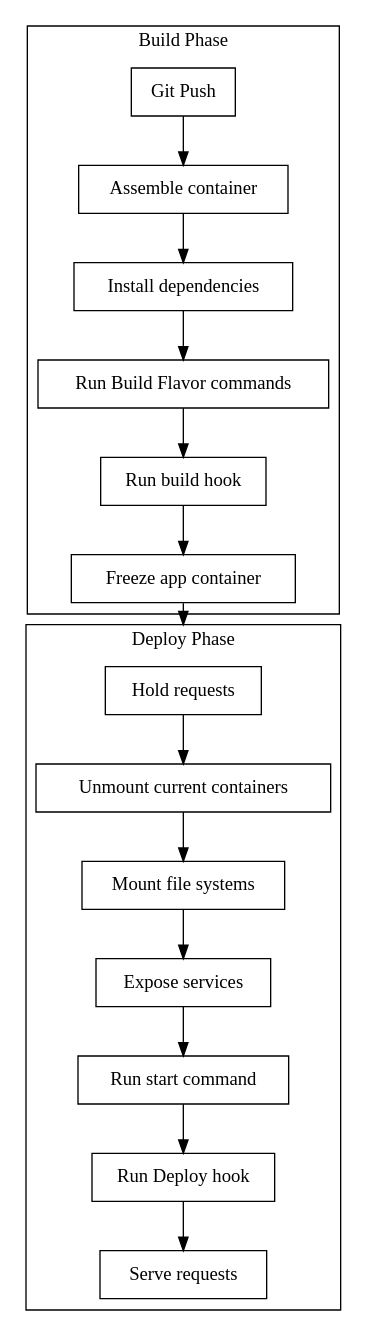
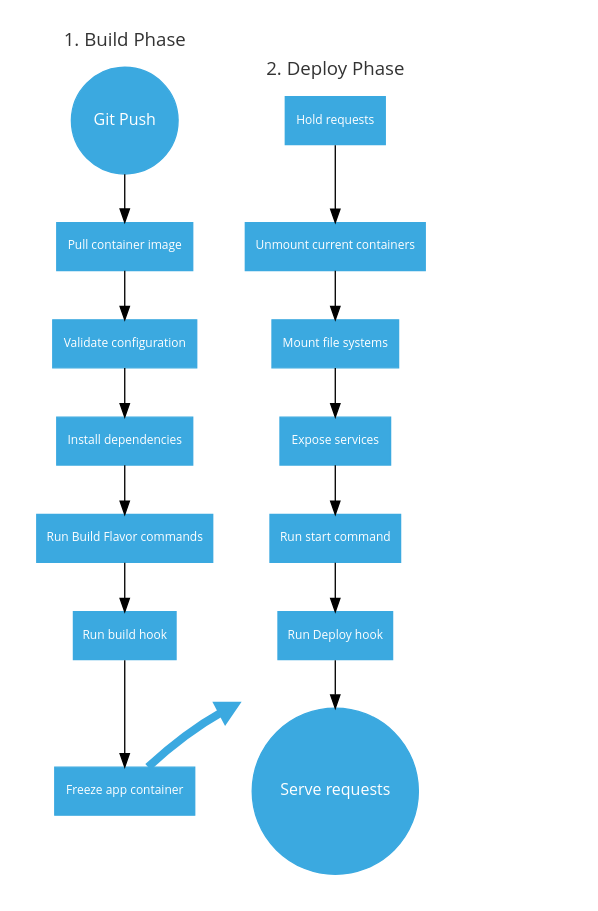
The diagram in src/images/build-pipeline.dot (platformsh/platformsh-docs), drawn with Graphviz before and after one commit. The commit also changed 12 other files, not shown here.

```diff
--- a/src/images/build-pipeline.dot
+++ b/src/images/build-pipeline.dot
@@ -1,39 +1,53 @@
-digraph "Build pipeline" {
-    graph [rankdir=TB]
+digraph "Build & Deploy Pipeline" {
     compound=true
-
+    layout=dot
+ 
     node[
-        shape=record
+        shape=record;
+        fontname="Open Sans";
+        style="filled";
+        fillcolor="#3BA9E0";
+        fontcolor="white"
+        color="#3BA9E0";
+        fontsize=14;
     ]
 
 
     subgraph cluster_build {
-      label="Build Phase"
+      label="1. Build Phase";
+      fontname="Open Sans";
+      fontcolor="#33333300";
+      color="white";
 
-      Push[label="Git Push"]
-      Container[label="Assemble container"]
-      PshBuild[label="Run Build Flavor commands"]
-      Dependencies[label="Install dependencies"]
-      BuildHook[label="Run build hook"]
-      Freeze[label="Freeze app container"]
+      
+      Push[label="Git Push", shape=circle, fontsize=12]
+      Validate[label="Validate configuration", fontsize=9]
+      Container[label="Pull container image", fontsize=9]
+      PshBuild[label="Run Build Flavor commands", fontsize=9]
+      Dependencies[label="Install dependencies", fontsize=9]
+      BuildHook[label="Run build hook", fontsize=9]
+      Freeze[label="Freeze app container", fontsize=9]
     }
 
     subgraph cluster_deploy {
-      label="Deploy Phase"
-
-      Close[label="Hold requests"]
-      Unmount[label="Unmount current containers"]
-      Mount[label="Mount file systems"]
-      Services[label="Expose services"]
-      Start[label="Run start command"]
-      DeployHook[label="Run Deploy hook"]
-      Open[label="Serve requests"]
+      label="2. Deploy Phase";
+      fontname="Open Sans";
+      fontcolor="#33333300";
+      color="white";
+      
+      Close[label="Hold requests", fontsize=9]
+      Unmount[label="Unmount current containers", fontsize=9]
+      Mount[label="Mount file systems", fontsize=9]
+      Services[label="Expose services", fontsize=9]
+      Start[label="Run start command", fontsize=9]
+      DeployHook[label="Run Deploy hook", fontsize=9]
+      Open[label="Serve requests", shape=circle, fontsize=12]
     }
 
     /* Build process */
-    Push->Container->Dependencies->PshBuild->BuildHook->Freeze
+    Push->Container->Validate->Dependencies->PshBuild->BuildHook->Freeze
 
     /* Deploy process */
-    Freeze->Close[lhead=cluster_deploy]
+    Freeze->Close[lhead=cluster_deploy, constraint=false, penwidth = 6, color="#3BA9E0";]
     Close->Unmount->Mount->Services->Start->DeployHook->Open
 }
```
